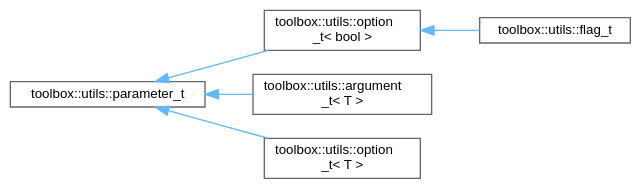
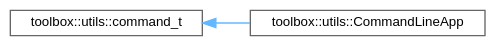
The diagram in inherit_graph_89.dot (nerdneilsfield/cpp-toolbox), drawn with Graphviz before and after one commit. The commit also changed 588 other files, not shown here.

```diff
--- a/inherit_graph_89.dot
+++ b/inherit_graph_89.dot
@@ -1,17 +1,11 @@
 digraph "Graphical Class Hierarchy"
 {
  // LATEX_PDF_SIZE
   bgcolor="transparent";
   edge [fontname=Helvetica,fontsize=10,labelfontname=Helvetica,labelfontsize=10];
   node [fontname=Helvetica,fontsize=10,shape=box,height=0.2,width=0.4];
   rankdir="LR";
-  Node0 [id="Node000000",label="toolbox::utils::parameter_t",height=0.2,width=0.4,color="grey40", fillcolor="white", style="filled",URL="$classtoolbox_1_1utils_1_1parameter__t.html",tooltip=" "];
-  Node0 -> Node1 [id="edge53_Node000000_Node000001",dir="back",color="steelblue1",style="solid",tooltip=" "];
-  Node1 [id="Node000001",label="toolbox::utils::option\l_t\< bool \>",height=0.2,width=0.4,color="grey40", fillcolor="white", style="filled",URL="$classtoolbox_1_1utils_1_1option__t.html",tooltip=" "];
-  Node1 -> Node2 [id="edge54_Node000001_Node000002",dir="back",color="steelblue1",style="solid",tooltip=" "];
-  Node2 [id="Node000002",label="toolbox::utils::flag_t",height=0.2,width=0.4,color="grey40", fillcolor="white", style="filled",URL="$classtoolbox_1_1utils_1_1flag__t.html",tooltip=" "];
-  Node0 -> Node3 [id="edge55_Node000000_Node000003",dir="back",color="steelblue1",style="solid",tooltip=" "];
-  Node3 [id="Node000003",label="toolbox::utils::argument\l_t\< T \>",height=0.2,width=0.4,color="grey40", fillcolor="white", style="filled",URL="$classtoolbox_1_1utils_1_1argument__t.html",tooltip=" "];
-  Node0 -> Node4 [id="edge56_Node000000_Node000004",dir="back",color="steelblue1",style="solid",tooltip=" "];
-  Node4 [id="Node000004",label="toolbox::utils::option\l_t\< T \>",height=0.2,width=0.4,color="grey40", fillcolor="white", style="filled",URL="$classtoolbox_1_1utils_1_1option__t.html",tooltip=" "];
+  Node0 [id="Node000000",label="toolbox::utils::command_t",height=0.2,width=0.4,color="grey40", fillcolor="white", style="filled",URL="$classtoolbox_1_1utils_1_1command__t.html",tooltip=" "];
+  Node0 -> Node1 [id="edge56_Node000000_Node000001",dir="back",color="steelblue1",style="solid",tooltip=" "];
+  Node1 [id="Node000001",label="toolbox::utils::CommandLineApp",height=0.2,width=0.4,color="grey40", fillcolor="white", style="filled",URL="$classtoolbox_1_1utils_1_1_command_line_app.html",tooltip=" "];
 }
```
